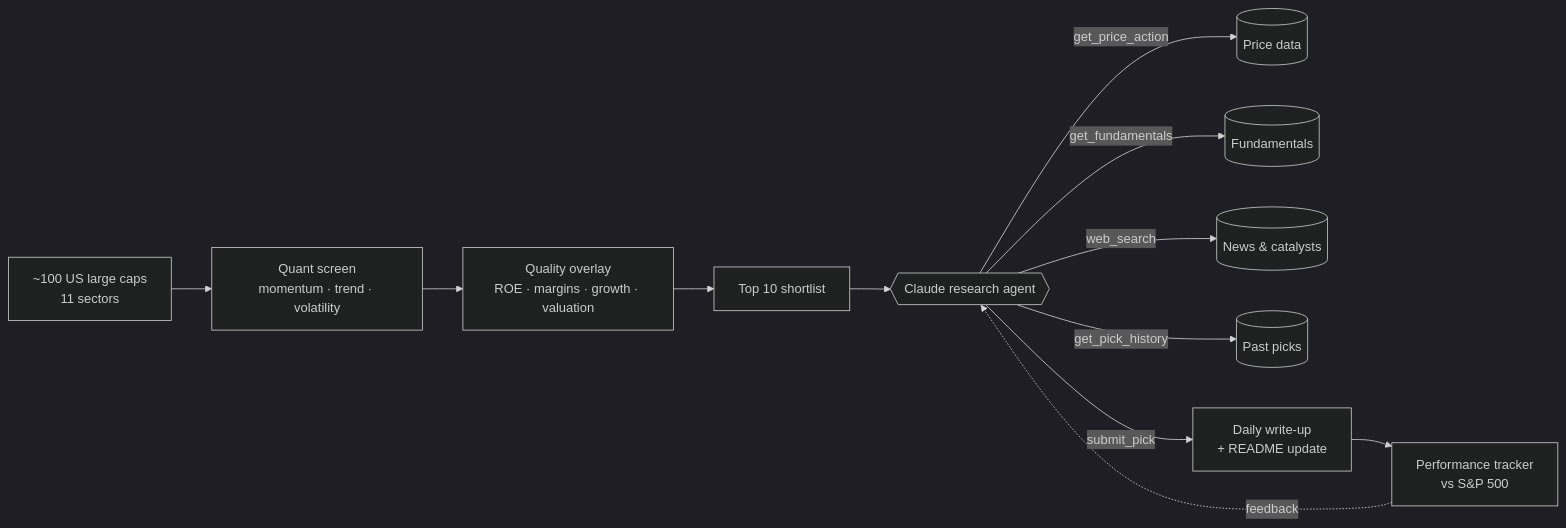
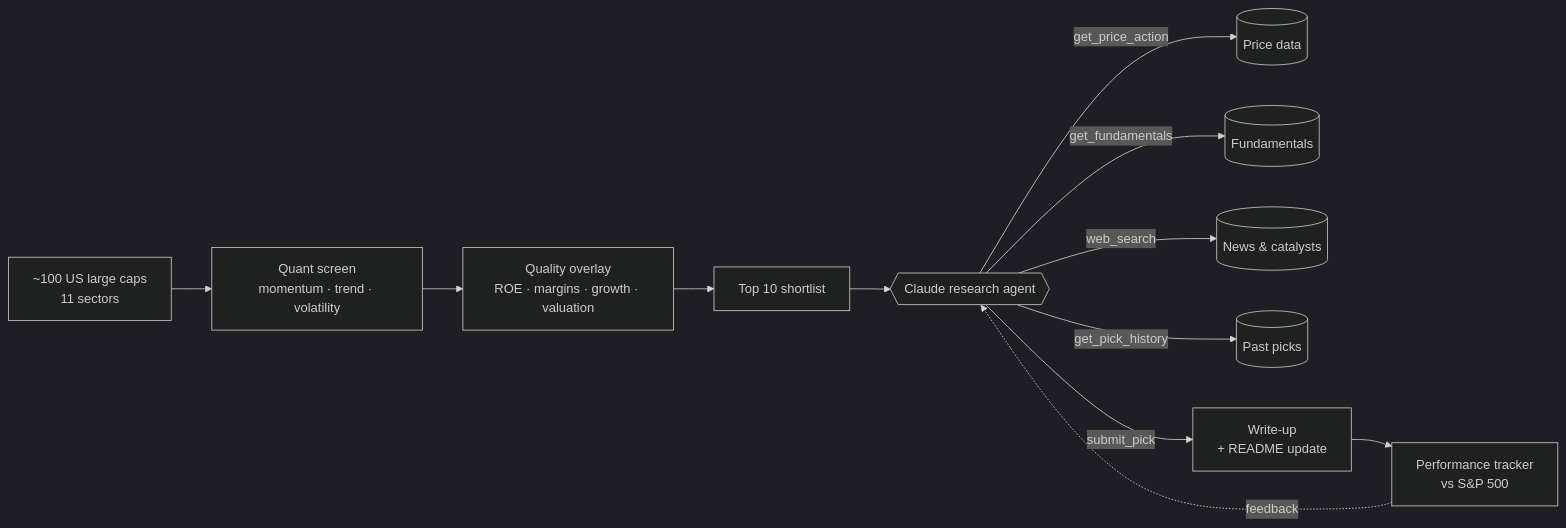
One commit to vijayrkn/pickwise changed the diagram in README.md. Above: the diagram before and after it, drawn with Mermaid (dark theme). The commit also changed other lines of this file and 3 other files, not shown here.

````diff
--- a/README.md
+++ b/README.md
@@ -50,14 +50,14 @@
 ```mermaid
 flowchart LR
     A[~100 US large caps<br/>11 sectors] --> B[Quant screen<br/>momentum · trend · volatility]
     B --> C[Quality overlay<br/>ROE · margins · growth · valuation]
     C --> D[Top 10 shortlist]
     D --> E{{Claude research agent}}
     E -- get_price_action --> F[(Price data)]
     E -- get_fundamentals --> G[(Fundamentals)]
     E -- web_search --> H[(News & catalysts)]
     E -- get_pick_history --> I[(Past picks)]
-    E -- submit_pick --> J[Daily write-up<br/>+ README update]
+    E -- submit_pick --> J[Write-up<br/>+ README update]
     J --> K[Performance tracker<br/>vs S&P 500]
     K -.feedback.-> E
 ```
````
